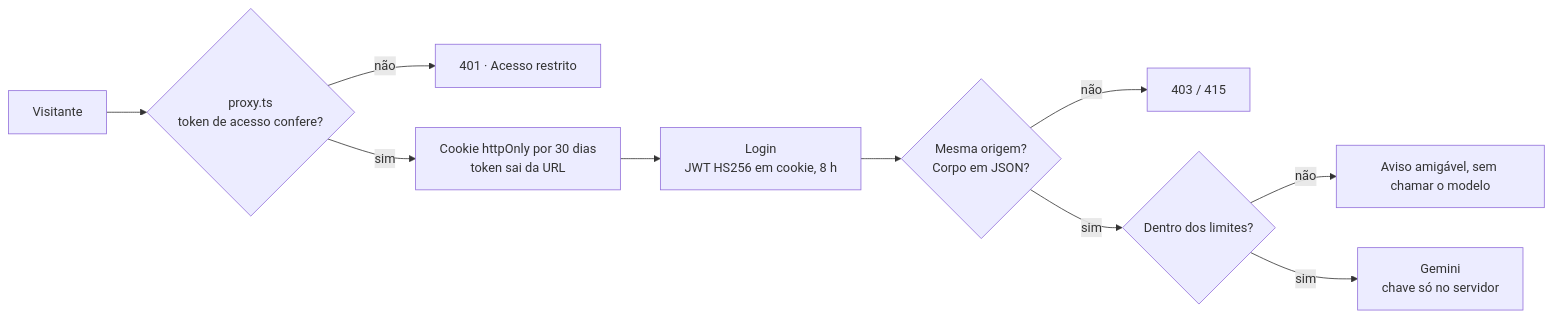
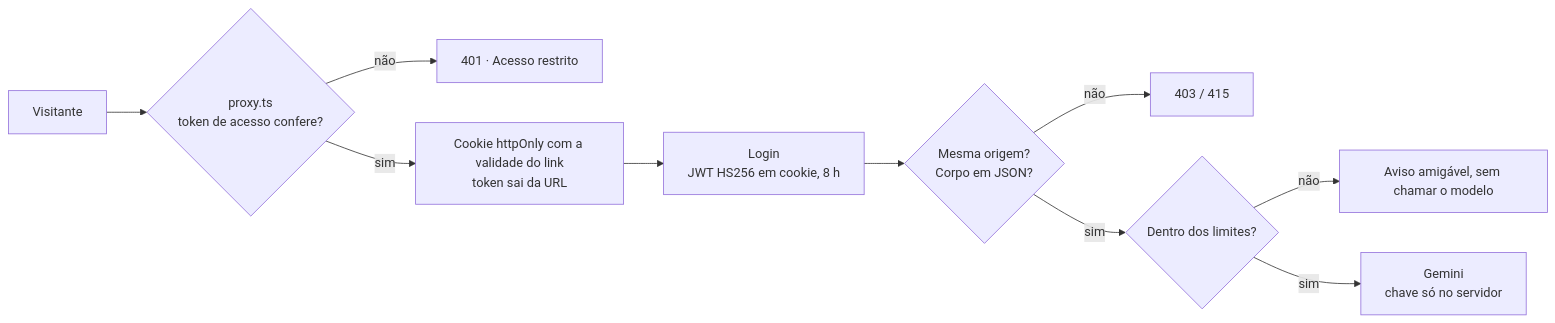
The fifth of 5 diagrams in README.md (skarL007/nexo-assist), drawn with Mermaid before and after one commit. The commit also changed other lines of this file and 22 other files, not shown here.

````diff
--- a/README.md
+++ b/README.md
@@ -318,12 +318,12 @@
 ```mermaid
 flowchart LR
   V["Visitante"] --> G{"proxy.ts<br/>token de acesso confere?"}
   G -- não --> D["401 · Acesso restrito"]
-  G -- sim --> C["Cookie httpOnly por 30 dias<br/>token sai da URL"]
+  G -- sim --> C["Cookie httpOnly com a validade do link<br/>token sai da URL"]
   C --> L["Login<br/>JWT HS256 em cookie, 8 h"]
   L --> X{"Mesma origem?<br/>Corpo em JSON?"}
   X -- não --> B["403 / 415"]
   X -- sim --> LIM{"Dentro dos limites?"}
   LIM -- não --> M["Aviso amigável, sem chamar o modelo"]
   LIM -- sim --> GEM["Gemini<br/>chave só no servidor"]
 ```
````
